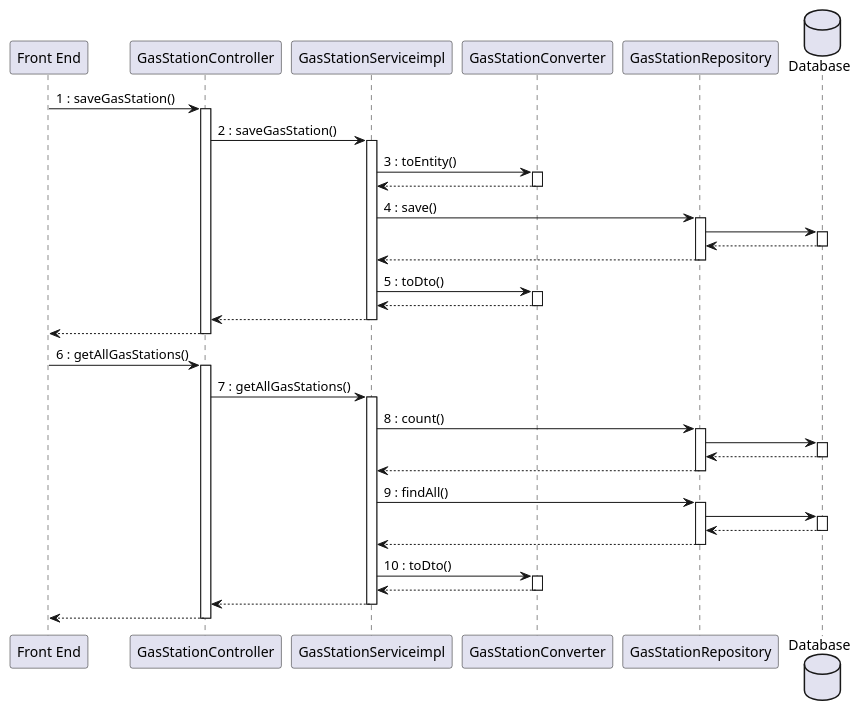
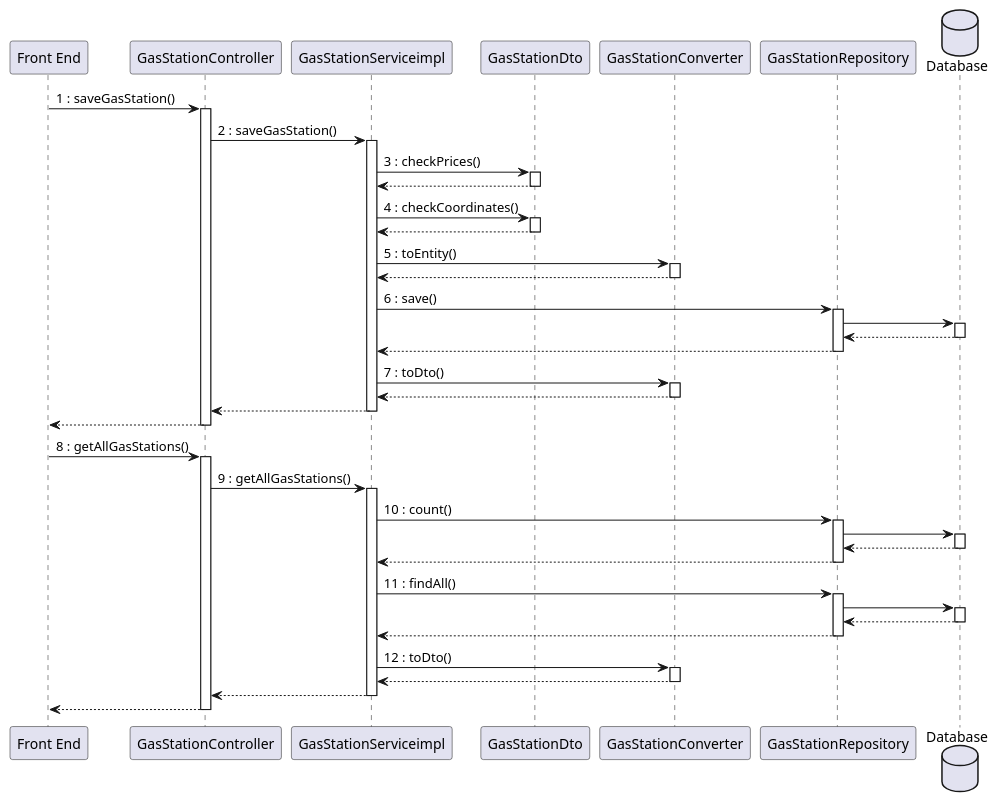
One commit to mosTavassoli/ezgas changed the eighth of 15 diagrams in docs/DesignDocument.md. Above: the diagram before and after it, drawn with PlantUML. The commit also changed other lines of this file, not shown here.

Commit message:
docs(DesignDocument): edit sequence diagram

````diff
--- a/docs/DesignDocument.md
+++ b/docs/DesignDocument.md
@@ -610,44 +610,50 @@
 ```plantuml
 database Database order 30
 "Front End" -> GasStationController:1 : saveGasStation()
 activate GasStationController
 GasStationController -> GasStationServiceimpl:2 : saveGasStation()
 activate GasStationServiceimpl
-GasStationServiceimpl -> GasStationConverter:3 : toEntity()
+GasStationServiceimpl -> GasStationDto: 3 : checkPrices()
+activate GasStationDto
+return
+GasStationServiceimpl -> GasStationDto: 4 : checkCoordinates()
+activate GasStationDto
+return
+GasStationServiceimpl -> GasStationConverter:5 : toEntity()
 activate GasStationConverter
 return
-GasStationServiceimpl -> GasStationRepository:4 : save()
+GasStationServiceimpl -> GasStationRepository:6 : save()
 activate GasStationRepository
 GasStationRepository -> Database
 activate Database
 return
 return
-GasStationServiceimpl -> GasStationConverter:5 : toDto()
+GasStationServiceimpl -> GasStationConverter:7 : toDto()
 activate GasStationConverter
 return
 return
 return
 
-"Front End" -> GasStationController:6 : getAllGasStations()
+"Front End" -> GasStationController:8 : getAllGasStations()
 activate GasStationController
-GasStationController -> GasStationServiceimpl:7 : getAllGasStations()
+GasStationController -> GasStationServiceimpl:9 : getAllGasStations()
 activate GasStationServiceimpl
-GasStationServiceimpl -> GasStationRepository:8 : count()
+GasStationServiceimpl -> GasStationRepository:10 : count()
 activate GasStationRepository
 GasStationRepository -> Database
 activate Database
 return
 return
-GasStationServiceimpl -> GasStationRepository:9 : findAll()
+GasStationServiceimpl -> GasStationRepository:11 : findAll()
 activate GasStationRepository
 GasStationRepository -> Database
 activate Database
 return
 return
 
-GasStationServiceimpl -> GasStationConverter:10 : toDto()
+GasStationServiceimpl -> GasStationConverter:12 : toDto()
 activate GasStationConverter
 return
 return
 return
 ```
````
